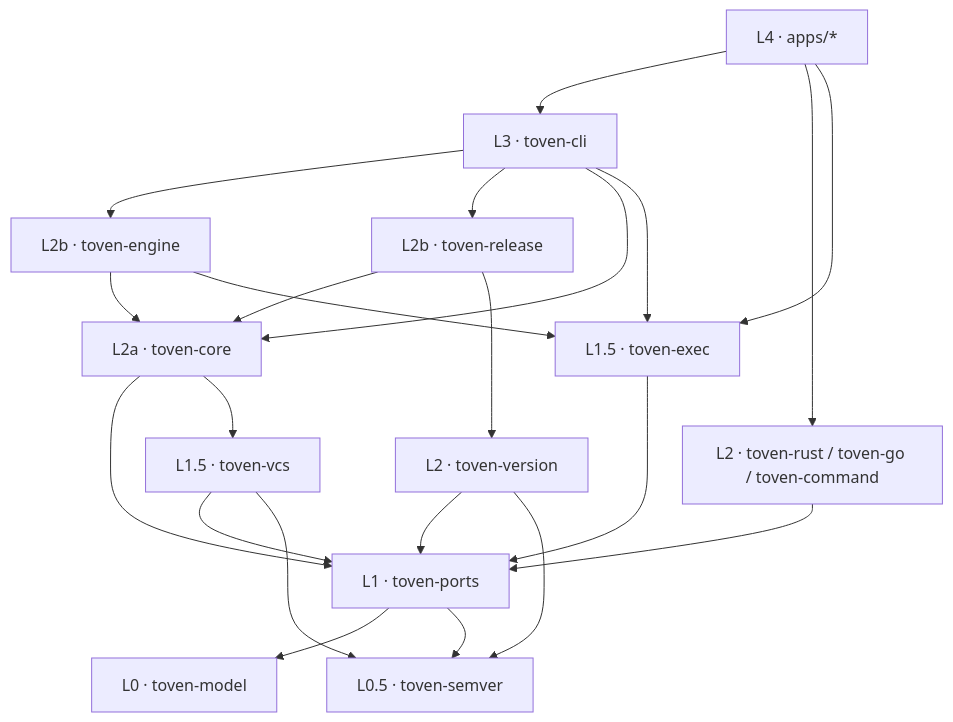
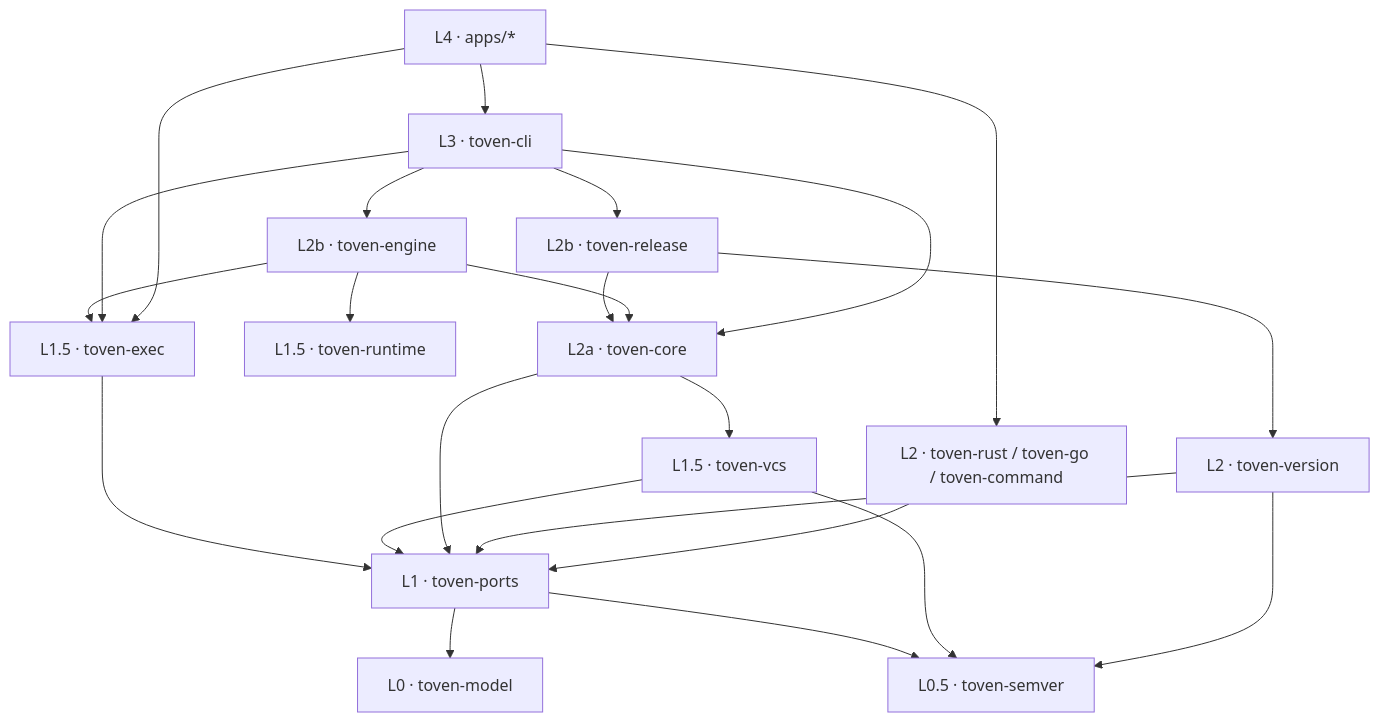
One commit to kbukum/toven changed the first of 4 diagrams in docs/architecture.md. Above: the diagram before and after it, drawn with Mermaid. The commit also changed other lines of this file and 70 other files, not shown here.

First line of the commit message:
feat(runtime): add generic unit-operation engine for streaming verbs

````diff
--- a/docs/architecture.md
+++ b/docs/architecture.md
@@ -26,37 +27,39 @@
 ```mermaid
 flowchart TB
     model["L0 · toven-model"]
     semver["L0.5 · toven-semver"]
     ports["L1 · toven-ports"]
     exec["L1.5 · toven-exec"]
     vcs["L1.5 · toven-vcs"]
+    runtime["L1.5 · toven-runtime"]
     core["L2a · toven-core"]
     version["L2 · toven-version"]
     release["L2b · toven-release"]
     engine["L2b · toven-engine"]
     ecosystems["L2 · toven-rust / toven-go / toven-command"]
     cli["L3 · toven-cli"]
     apps["L4 · apps/*"]
 
     ports --> model
     ports --> semver
     exec --> ports
     vcs --> ports
     vcs --> semver
     core --> ports
     core --> vcs
     version --> ports
     version --> semver
     release --> core
     release --> version
     engine --> core
     engine --> exec
+    engine --> runtime
     ecosystems --> ports
     cli --> engine
     cli --> release
     cli --> core
     cli --> exec
     apps --> cli
     apps --> ecosystems
     apps --> exec
 ```
````
